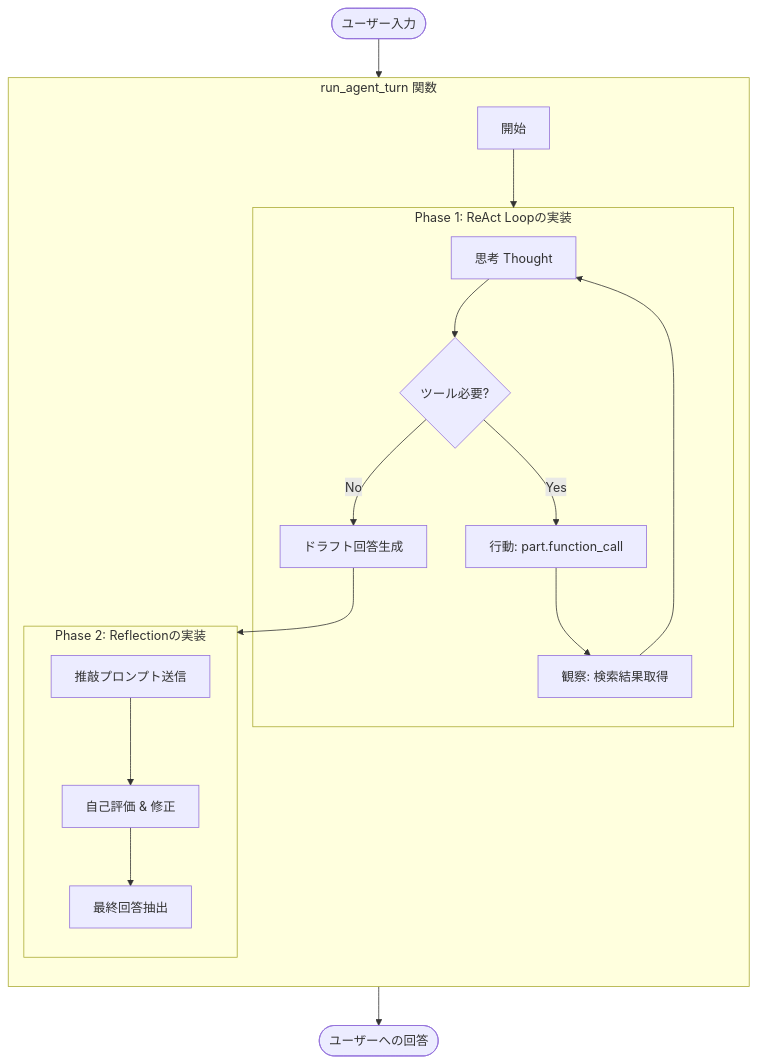
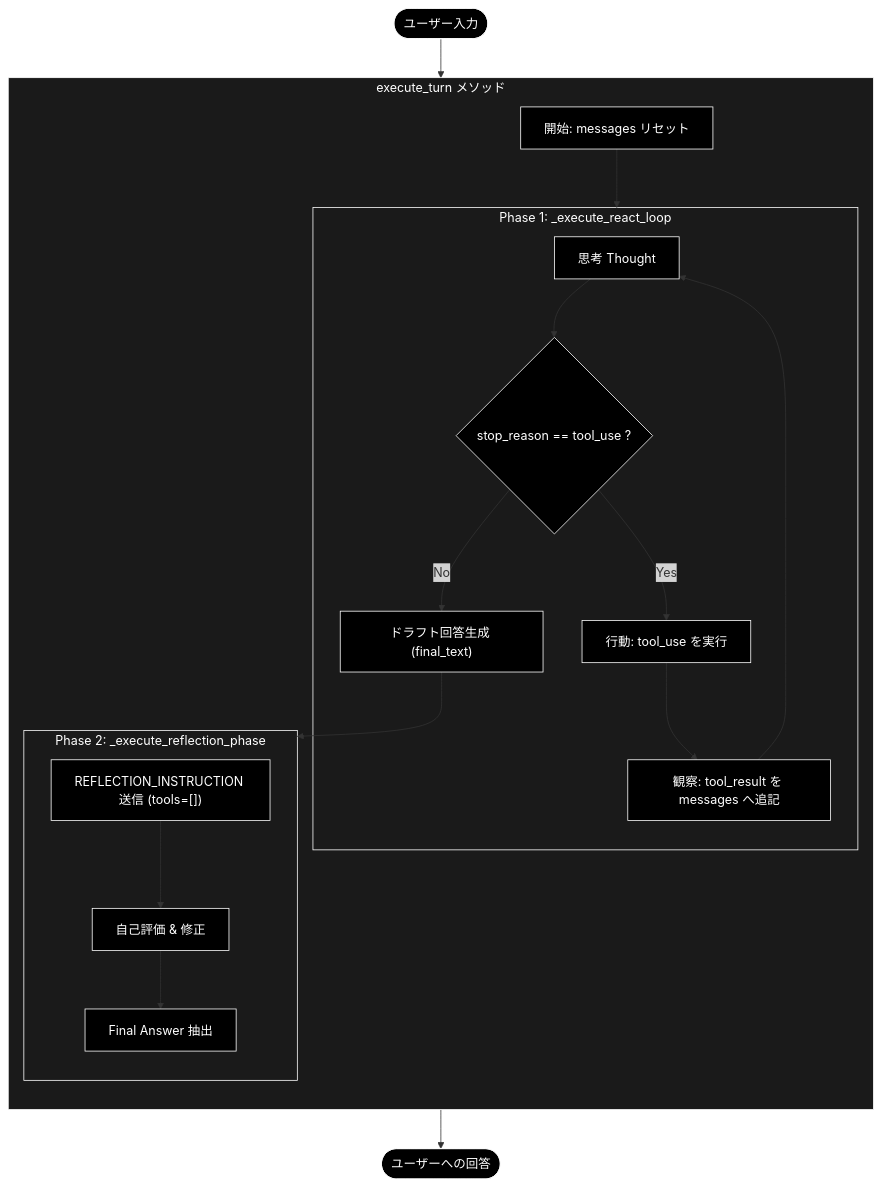
One commit to nakashima2toshio/anthropic_grace_agent_v2 changed the seventh of 10 diagrams in readme_react_reflection.md. Above: the diagram before and after it, drawn with Mermaid. The commit also changed other lines of this file and 5 other files, not shown here.

````diff
--- a/readme_react_reflection.md
+++ b/readme_react_reflection.md
@@ -645,24 +686,30 @@
 ```mermaid
 flowchart TD
-    User([ユーザー入力]) --> Start
-    subgraph Agent_Process [run_agent_turn 関数]
+    User(["ユーザー入力"]) --> Start
+    subgraph Agent_Process ["execute_turn メソッド"]
         direction TB
-        Start[開始] --> ReAct_Phase
+        Start["開始: messages リセット"] --> ReAct_Phase
 
-        subgraph ReAct_Phase [Phase 1: ReAct Loopの実装]
-            Think[思考 Thought] --> Decide{ツール必要?}
-            Decide -- Yes --> Action[行動: part.function_call]
-            Action --> Observe[観察: 検索結果取得]
+        subgraph ReAct_Phase ["Phase 1: _execute_react_loop"]
+            Think["思考 Thought"] --> Decide{"stop_reason == tool_use ?"}
+            Decide -- Yes --> Action["行動: tool_use を実行"]
+            Action --> Observe["観察: tool_result を messages へ追記"]
             Observe --> Think
-            Decide -- No --> Draft[ドラフト回答生成]
+            Decide -- No --> Draft["ドラフト回答生成 (final_text)"]
         end
 
         Draft --> Reflection_Phase
 
-        subgraph Reflection_Phase [Phase 2: Reflectionの実装]
-            Review[推敲プロンプト送信] --> Critique[自己評価 & 修正]
-            Critique --> Finalize[最終回答抽出]
+        subgraph Reflection_Phase ["Phase 2: _execute_reflection_phase"]
+            Review["REFLECTION_INSTRUCTION 送信 (tools=[])"] --> Critique["自己評価 & 修正"]
+            Critique --> Finalize["Final Answer 抽出"]
         end
     end
-    Finalize --> Output([ユーザーへの回答])
+    Finalize --> Output(["ユーザーへの回答"])
+classDef default fill:#000,stroke:#fff,color:#fff
+classDef subgraphStyle fill:#1a1a1a,stroke:#fff,color:#fff
+class User,Start,Think,Decide,Action,Observe,Draft,Review,Critique,Finalize,Output default
+style Agent_Process fill:#1a1a1a,stroke:#fff,color:#fff
+style ReAct_Phase fill:#1a1a1a,stroke:#fff,color:#fff
+style Reflection_Phase fill:#1a1a1a,stroke:#fff,color:#fff
 ```
````
